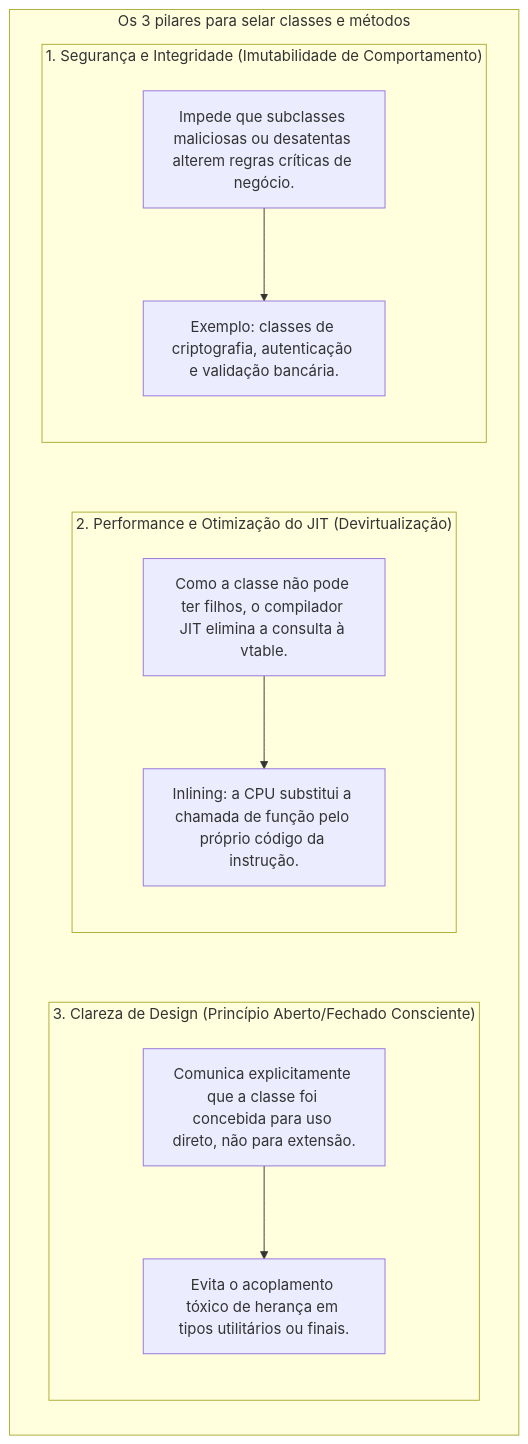
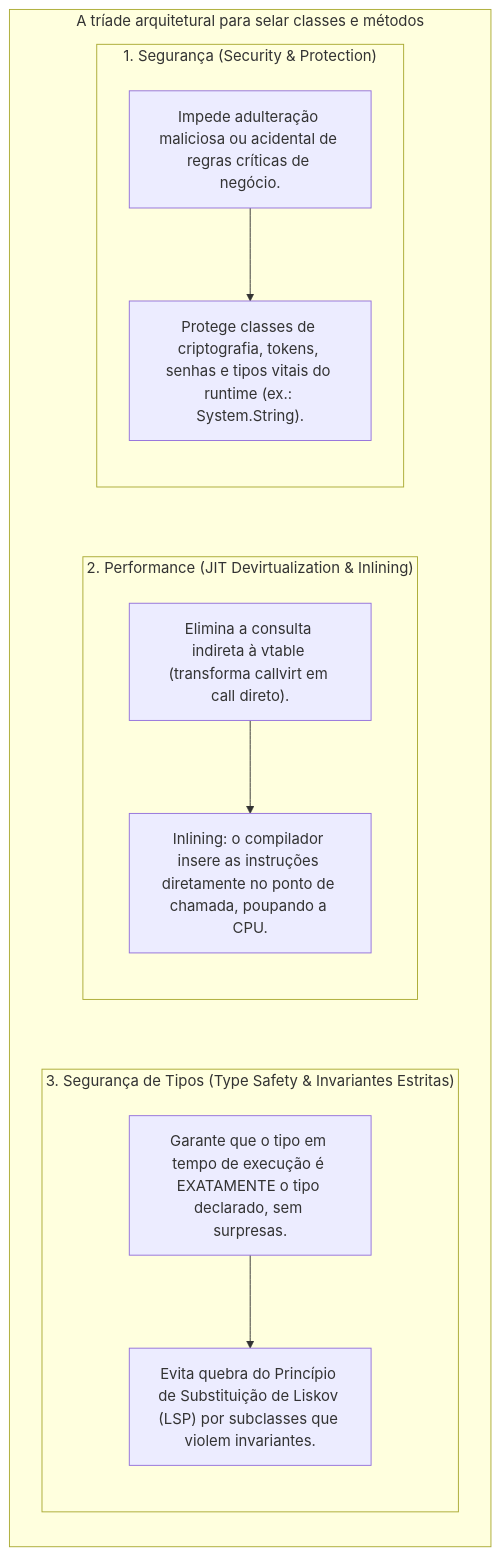
The second of 5 diagrams in 01. Programacao Modular/19. Classes e membros selados (sealed).md (leorruas/puc), drawn with Mermaid before and after one commit. The commit also changed other lines of this file and 1 other file, not shown here.

Commit message:
docs(pm): explicita a triade canonica (seguranca, performance e type safety) no artigo 19 e no glossario

````diff
--- a/01. Programacao Modular/19. Classes e membros selados (sealed).md
+++ b/01. Programacao Modular/19. Classes e membros selados (sealed).md
@@ -59,29 +59,29 @@
 ```mermaid
 flowchart TD
-    subgraph MotivacoesSealed ["Os 3 pilares para selar classes e métodos"]
+    subgraph MotivacoesSealed ["A tríade arquitetural para selar classes e métodos"]
         direction TB
 
-        subgraph Pilar1 ["1. Segurança e Integridade (Imutabilidade de Comportamento)"]
+        subgraph Pilar1 ["1. Segurança (Security & Protection)"]
             direction TB
-            S1["Impede que subclasses maliciosas ou desatentas alterem regras críticas de negócio."]
-            S2["Exemplo: classes de criptografia, autenticação e validação bancária."]
+            S1["Impede adulteração maliciosa ou acidental de regras críticas de negócio."]
+            S2["Protege classes de criptografia, tokens, senhas e tipos vitais do runtime (ex.: System.String)."]
             S1 --> S2
         end
 
-        subgraph Pilar2 ["2. Performance e Otimização do JIT (Devirtualização)"]
+        subgraph Pilar2 ["2. Performance (JIT Devirtualization & Inlining)"]
             direction TB
-            P1["Como a classe não pode ter filhos, o compilador JIT elimina a consulta à vtable."]
-            P2["Inlining: a CPU substitui a chamada de função pelo próprio código da instrução."]
+            P1["Elimina a consulta indireta à vtable (transforma callvirt em call direto)."]
+            P2["Inlining: o compilador insere as instruções diretamente no ponto de chamada, poupando a CPU."]
             P1 --> P2
         end
 
-        subgraph Pilar3 ["3. Clareza de Design (Princípio Aberto/Fechado Consciente)"]
+        subgraph Pilar3 ["3. Segurança de Tipos (Type Safety & Invariantes Estritas)"]
             direction TB
-            D1["Comunica explicitamente que a classe foi concebida para uso direto, não para extensão."]
-            D2["Evita o acoplamento tóxico de herança em tipos utilitários ou finais."]
-            D1 --> D2
+            T1["Garante que o tipo em tempo de execução é EXATAMENTE o tipo declarado, sem surpresas."]
+            T2["Evita quebra do Princípio de Substituição de Liskov (LSP) por subclasses que violem invariantes."]
+            T1 --> T2
         end
 
         Pilar1 ~~~ Pilar2 ~~~ Pilar3
     end
 ```
````
